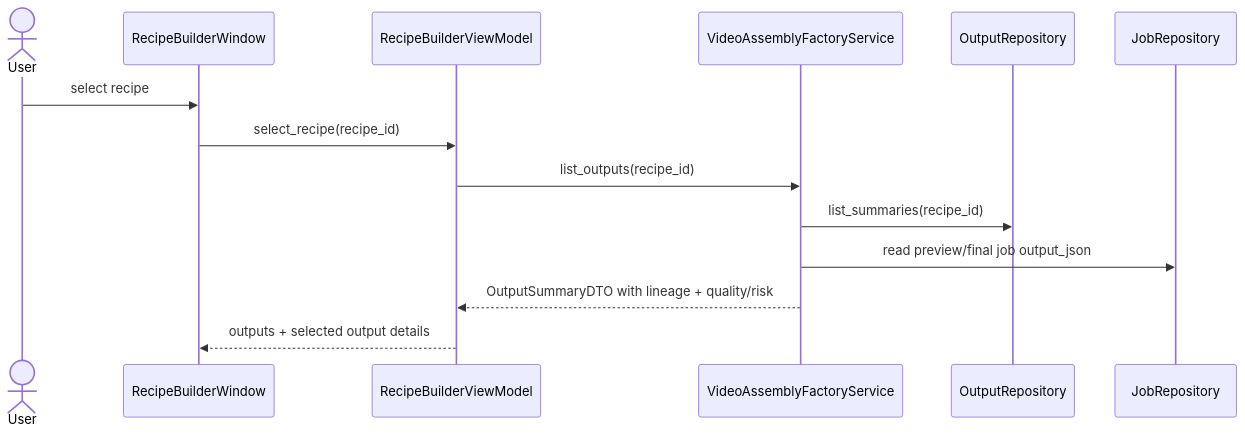
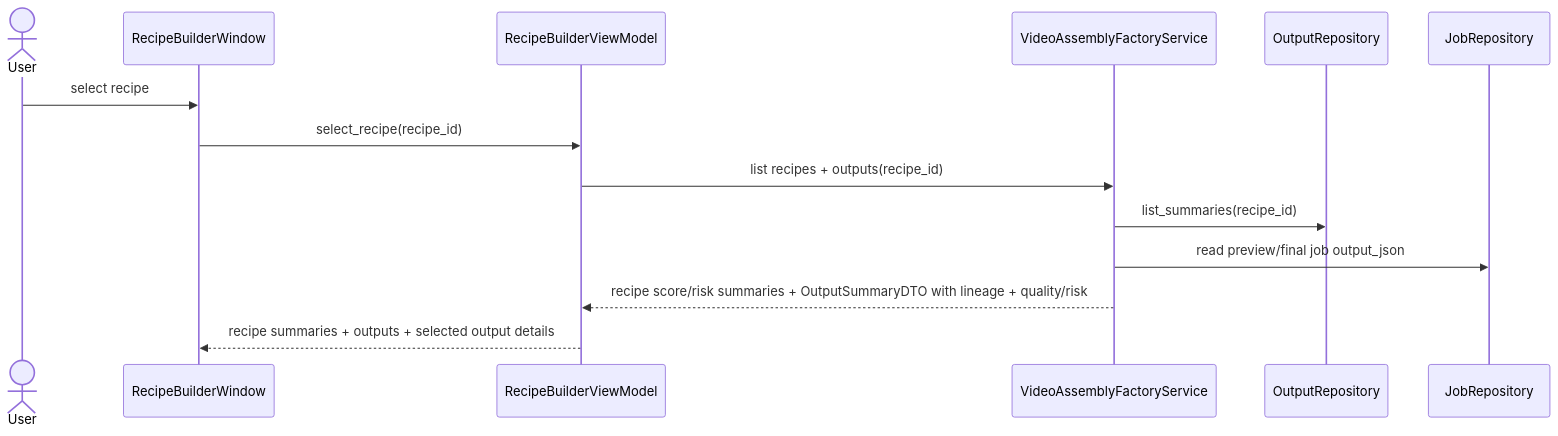
Before and after one commit to idev006/MTClipFactory: the sixth of 14 diagrams in doc/10_UML_System_Overview.md, drawn with Mermaid. The commit also changed other lines of this file and 21 other files, not shown here.

````diff
--- a/doc/10_UML_System_Overview.md
+++ b/doc/10_UML_System_Overview.md
@@ -397,17 +408,17 @@
 ```mermaid
 sequenceDiagram
     actor User
     participant View as RecipeBuilderWindow
     participant VM as RecipeBuilderViewModel
     participant Factory as VideoAssemblyFactoryService
     participant Out as OutputRepository
     participant JobRepo as JobRepository
 
     User->>View: select recipe
     View->>VM: select_recipe(recipe_id)
-    VM->>Factory: list_outputs(recipe_id)
+    VM->>Factory: list recipes + outputs(recipe_id)
     Factory->>Out: list_summaries(recipe_id)
     Factory->>JobRepo: read preview/final job output_json
-    Factory-->>VM: OutputSummaryDTO with lineage + quality/risk
-    VM-->>View: outputs + selected output details
+    Factory-->>VM: recipe score/risk summaries + OutputSummaryDTO with lineage + quality/risk
+    VM-->>View: recipe summaries + outputs + selected output details
 ```
````
